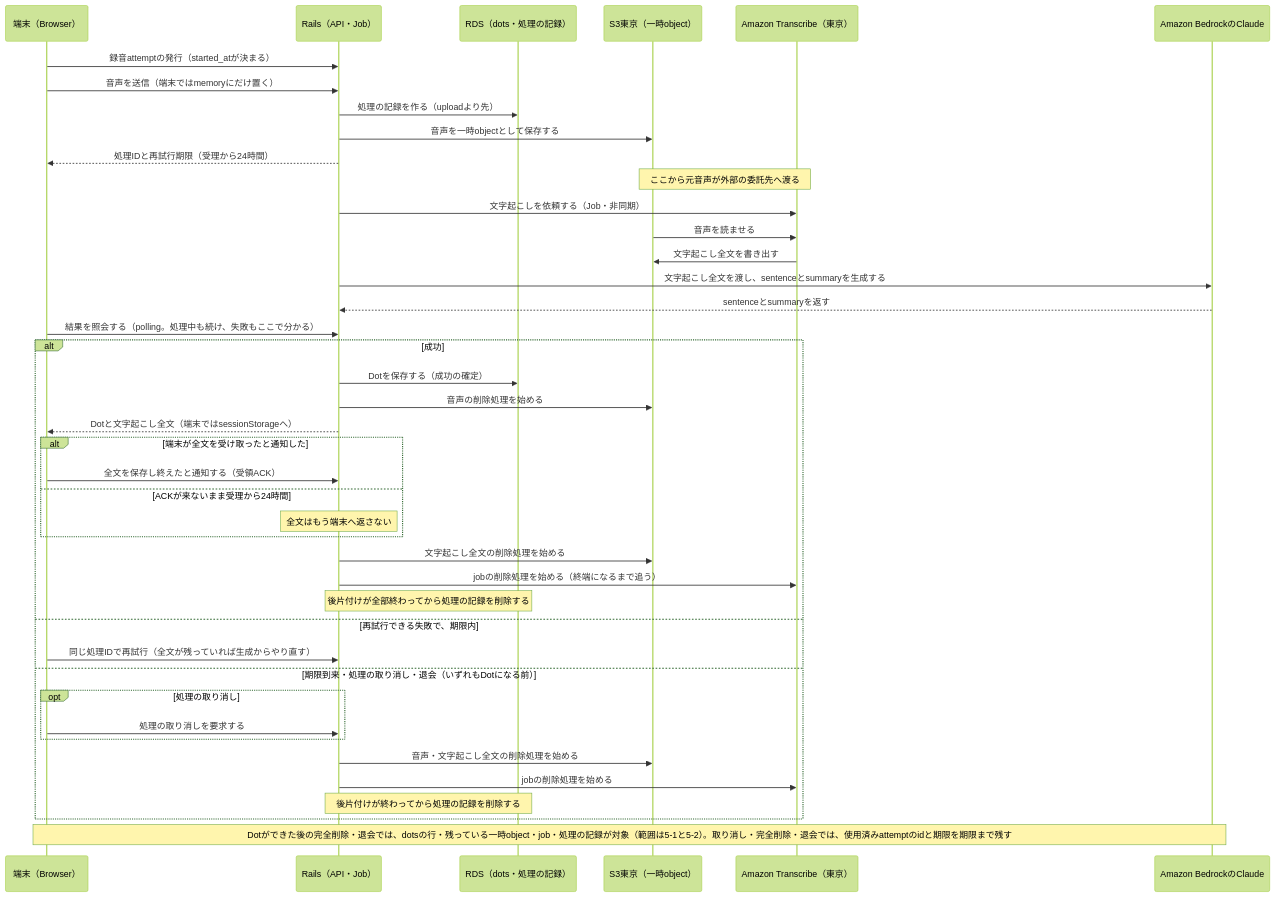
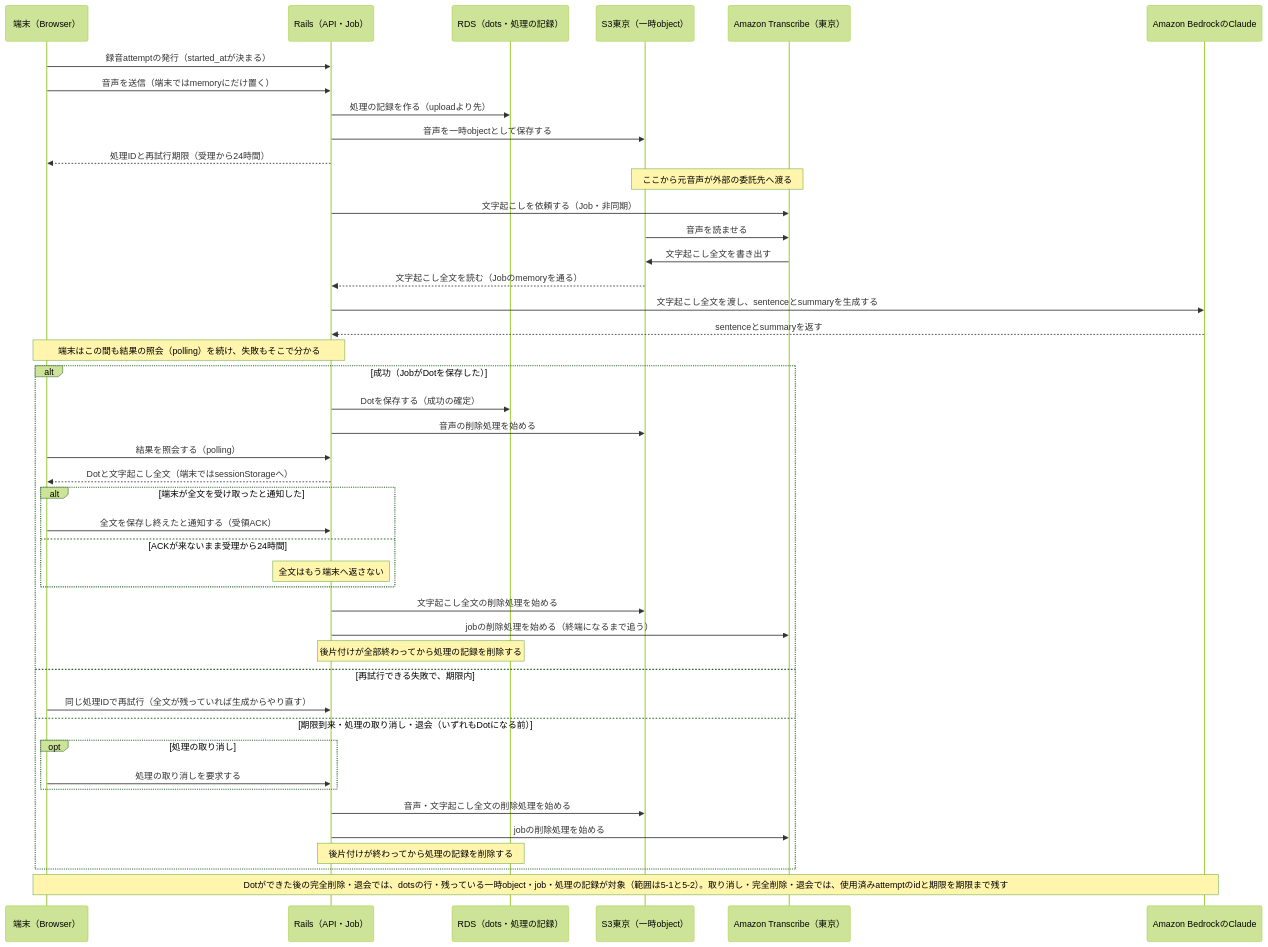
One commit to FujieMasaki/fod-app changed the diagram in docs/privacy.md. Above: the diagram before and after it, drawn with Mermaid (forest theme).

Commit message:
docs: 全文がJobを通る矢印を足し、照会の位置をJobの保存の後にする
- 文字起こし全文がS3からJobのmemoryへ読まれる矢印がなく、Bedrockへ渡る前の経路が図から読み取れなかった（サブエージェントの任意改善。人間のレビューでの質問と同じ種類の抜け）
- 照会の矢印が保存より前にあり、照会が保存のきっかけに読めたため、保存の後へ移し、照会が並行して続くことは注記にした

Claude-Session: https://claude.ai/code/session_01KTEi7nzin7t41k1wbo4Bbr

````diff
--- a/docs/privacy.md
+++ b/docs/privacy.md
@@ -164,44 +164,46 @@
 ```mermaid
 sequenceDiagram
     participant B as 端末（Browser）
     participant R as Rails（API・Job）
     participant DB as RDS（dots・処理の記録）
     participant S3 as S3東京（一時object）
     participant T as Amazon Transcribe（東京）
     participant AI as Amazon BedrockのClaude
     B->>R: 録音attemptの発行（started_atが決まる）
     B->>R: 音声を送信（端末ではmemoryにだけ置く）
     R->>DB: 処理の記録を作る（uploadより先）
     R->>S3: 音声を一時objectとして保存する
     R-->>B: 処理IDと再試行期限（受理から24時間）
     Note over S3,T: ここから元音声が外部の委託先へ渡る
     R->>T: 文字起こしを依頼する（Job・非同期）
     S3->>T: 音声を読ませる
     T->>S3: 文字起こし全文を書き出す
+    S3-->>R: 文字起こし全文を読む（Jobのmemoryを通る）
     R->>AI: 文字起こし全文を渡し、sentenceとsummaryを生成する
     AI-->>R: sentenceとsummaryを返す
-    B->>R: 結果を照会する（polling。処理中も続け、失敗もここで分かる）
-    alt 成功
+    Note over B,R: 端末はこの間も結果の照会（polling）を続け、失敗もそこで分かる
+    alt 成功（JobがDotを保存した）
         R->>DB: Dotを保存する（成功の確定）
         R->>S3: 音声の削除処理を始める
+        B->>R: 結果を照会する（polling）
         R-->>B: Dotと文字起こし全文（端末ではsessionStorageへ）
         alt 端末が全文を受け取ったと通知した
             B->>R: 全文を保存し終えたと通知する（受領ACK）
         else ACKが来ないまま受理から24時間
             Note over R: 全文はもう端末へ返さない
         end
         R->>S3: 文字起こし全文の削除処理を始める
         R->>T: jobの削除処理を始める（終端になるまで追う）
         Note over R,DB: 後片付けが全部終わってから処理の記録を削除する
     else 再試行できる失敗で、期限内
         B->>R: 同じ処理IDで再試行（全文が残っていれば生成からやり直す）
     else 期限到来・処理の取り消し・退会（いずれもDotになる前）
         opt 処理の取り消し
             B->>R: 処理の取り消しを要求する
         end
         R->>S3: 音声・文字起こし全文の削除処理を始める
         R->>T: jobの削除処理を始める
         Note over R,DB: 後片付けが終わってから処理の記録を削除する
     end
     Note over B,AI: Dotができた後の完全削除・退会では、dotsの行・残っている一時object・job・処理の記録が対象（範囲は5-1と5-2）。取り消し・完全削除・退会では、使用済みattemptのidと期限を期限まで残す
 ```
````
